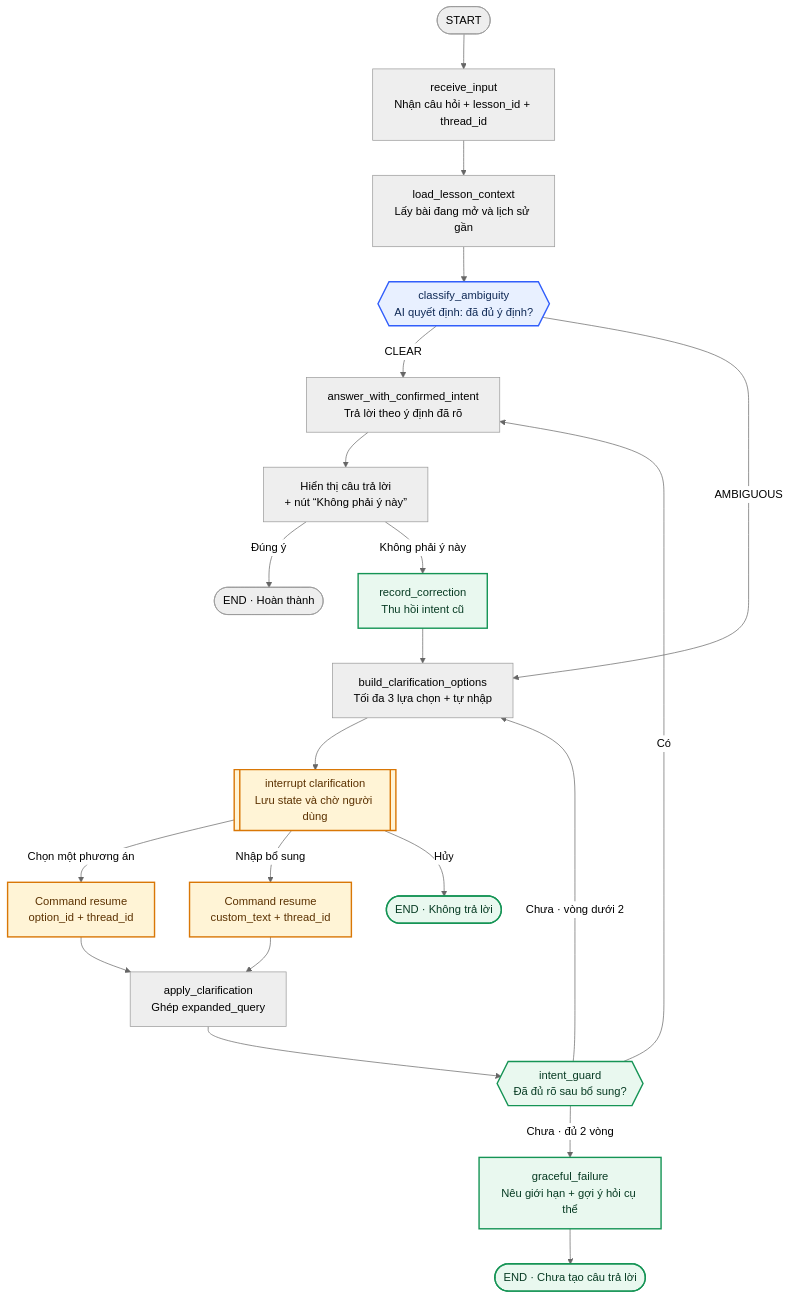
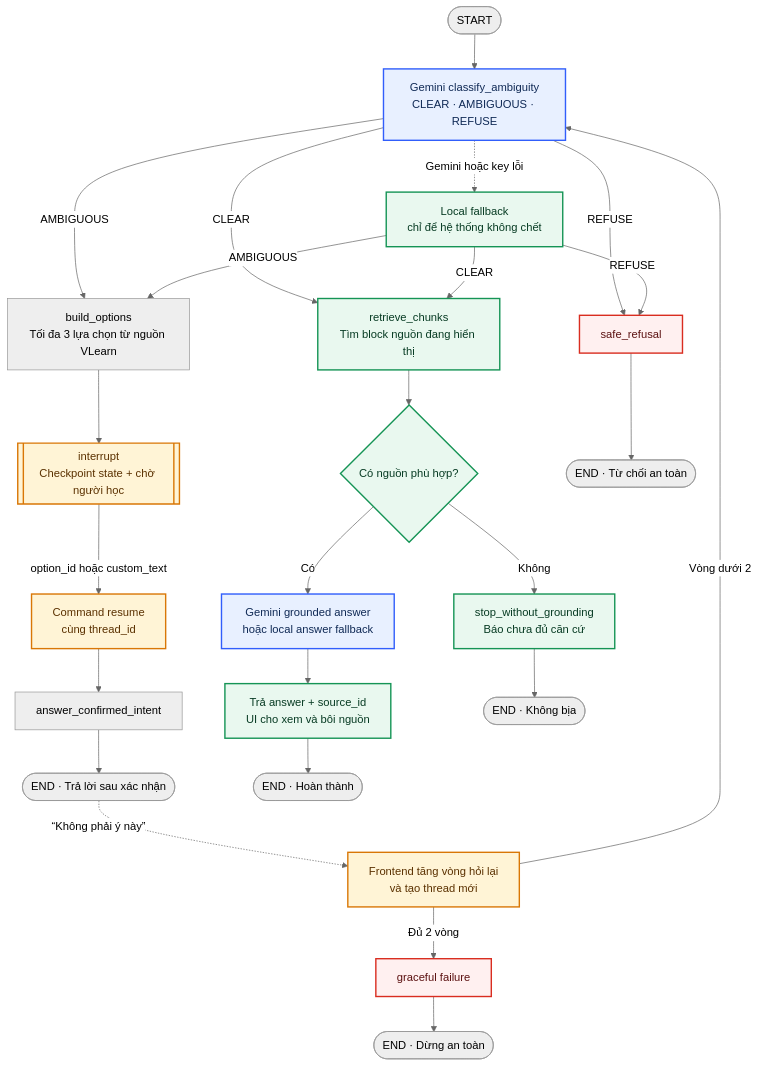
Before and after one commit to Clownnvd/K4-3B-E403-kingpro: the diagram in codebase/langgraph-flow.mmd, drawn with Mermaid (neutral theme). The commit also changed 7 other files, not shown here.

```diff
--- a/codebase/langgraph-flow.mmd
+++ b/codebase/langgraph-flow.mmd
@@ -1,33 +1,37 @@
 flowchart TD
-    START([START]) --> RECEIVE[receive_input<br/>Nhận câu hỏi + lesson_id + thread_id]
-    RECEIVE --> CONTEXT[load_lesson_context<br/>Lấy bài đang mở và lịch sử gần]
-    CONTEXT --> CLASSIFY{{classify_ambiguity<br/>AI quyết định: đã đủ ý định?}}
+    START([START]) --> CLASSIFY[Gemini classify_ambiguity<br/>CLEAR · AMBIGUOUS · REFUSE]
+    CLASSIFY -. Gemini hoặc key lỗi .-> FALLBACK[Local fallback<br/>chỉ để hệ thống không chết]
 
-    CLASSIFY -->|CLEAR| ANSWER[answer_with_confirmed_intent<br/>Trả lời theo ý định đã rõ]
-    CLASSIFY -->|AMBIGUOUS| OPTIONS[build_clarification_options<br/>Tối đa 3 lựa chọn + tự nhập]
+    CLASSIFY -->|AMBIGUOUS| OPTIONS[build_options<br/>Tối đa 3 lựa chọn từ nguồn VLearn]
+    FALLBACK -->|AMBIGUOUS| OPTIONS
+    OPTIONS --> INTERRUPT[[interrupt<br/>Checkpoint state + chờ người học]]
+    INTERRUPT -->|option_id hoặc custom_text| RESUME[Command resume<br/>cùng thread_id]
+    RESUME --> CONFIRMED[answer_confirmed_intent]
+    CONFIRMED --> END_AMB([END · Trả lời sau xác nhận])
 
-    OPTIONS --> PAUSE[[interrupt clarification<br/>Lưu state và chờ người dùng]]
-    PAUSE -->|Chọn một phương án| RESUME[Command resume<br/>option_id + thread_id]
-    PAUSE -->|Nhập bổ sung| RESUME_CUSTOM[Command resume<br/>custom_text + thread_id]
-    PAUSE -->|Hủy| CANCEL([END · Không trả lời])
+    CLASSIFY -->|CLEAR| RETRIEVE[retrieve_chunks<br/>Tìm block nguồn đang hiển thị]
+    FALLBACK -->|CLEAR| RETRIEVE
+    RETRIEVE --> GROUNDED{Có nguồn phù hợp?}
+    GROUNDED -->|Không| NO_SOURCE[stop_without_grounding<br/>Báo chưa đủ căn cứ]
+    GROUNDED -->|Có| ANSWER[Gemini grounded answer<br/>hoặc local answer fallback]
+    ANSWER --> SOURCE[Trả answer + source_id<br/>UI cho xem và bôi nguồn]
+    SOURCE --> END_CLEAR([END · Hoàn thành])
+    NO_SOURCE --> END_NO_SOURCE([END · Không bịa])
 
-    RESUME --> MERGE[apply_clarification<br/>Ghép expanded_query]
-    RESUME_CUSTOM --> MERGE
-    MERGE --> RECHECK{{intent_guard<br/>Đã đủ rõ sau bổ sung?}}
+    CLASSIFY -->|REFUSE| REFUSE[safe_refusal]
+    FALLBACK -->|REFUSE| REFUSE
+    REFUSE --> END_REFUSE([END · Từ chối an toàn])
 
-    RECHECK -->|Có| ANSWER
-    RECHECK -->|Chưa · vòng dưới 2| OPTIONS
-    RECHECK -->|Chưa · đủ 2 vòng| HANDOFF[graceful_failure<br/>Nêu giới hạn + gợi ý hỏi cụ thể]
-    HANDOFF --> END_FAIL([END · Chưa tạo câu trả lời])
-
-    ANSWER --> SHOW[Hiển thị câu trả lời<br/>+ nút “Không phải ý này”]
-    SHOW -->|Đúng ý| END_OK([END · Hoàn thành])
-    SHOW -->|Không phải ý này| CORRECT[record_correction<br/>Thu hồi intent cũ]
-    CORRECT --> OPTIONS
+    END_AMB -. “Không phải ý này” .-> CORRECTION[Frontend tăng vòng hỏi lại<br/>và tạo thread mới]
+    CORRECTION -->|Vòng dưới 2| CLASSIFY
+    CORRECTION -->|Đủ 2 vòng| FAIL[graceful failure]
+    FAIL --> END_FAIL([END · Dừng an toàn])
 
     classDef ai fill:#e8f0ff,stroke:#315efb,color:#102a56,stroke-width:2px;
     classDef human fill:#fff4d6,stroke:#d97706,color:#5b3100,stroke-width:2px;
     classDef safe fill:#e9f8ef,stroke:#159455,color:#073b23,stroke-width:2px;
-    class CLASSIFY ai;
-    class PAUSE,RESUME,RESUME_CUSTOM human;
-    class RECHECK,CANCEL,HANDOFF,END_FAIL,CORRECT safe;
+    classDef danger fill:#fff0f0,stroke:#d92d20,color:#5c1111,stroke-width:2px;
+    class CLASSIFY,ANSWER ai;
+    class INTERRUPT,RESUME,CORRECTION human;
+    class RETRIEVE,GROUNDED,SOURCE,NO_SOURCE,FALLBACK safe;
+    class REFUSE,FAIL danger;
```
